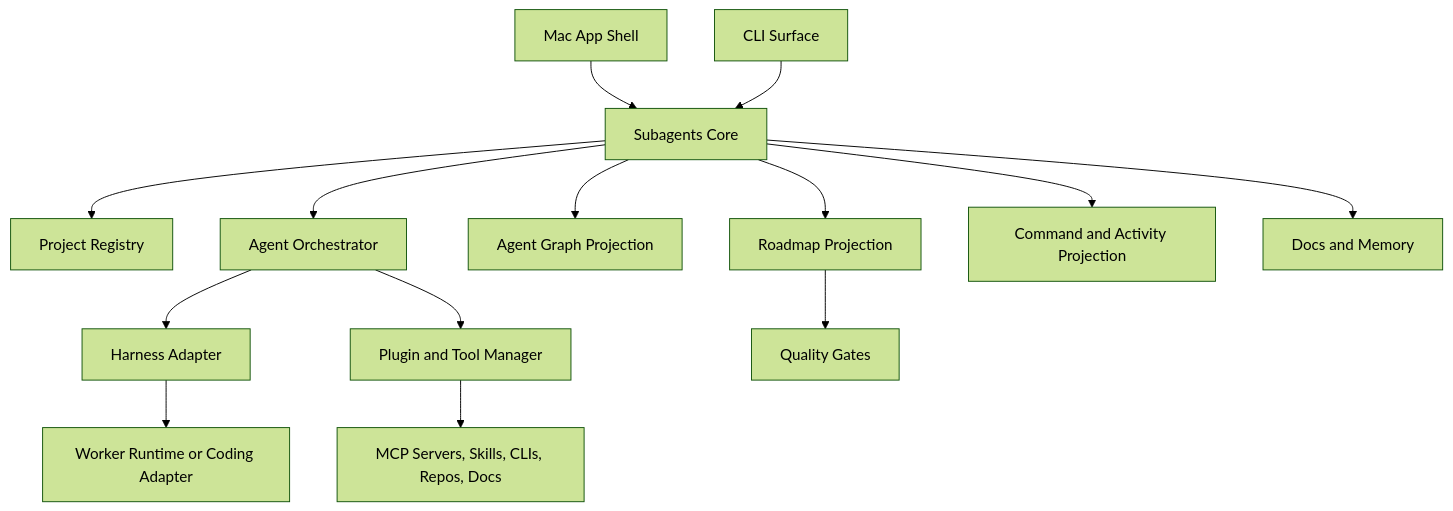
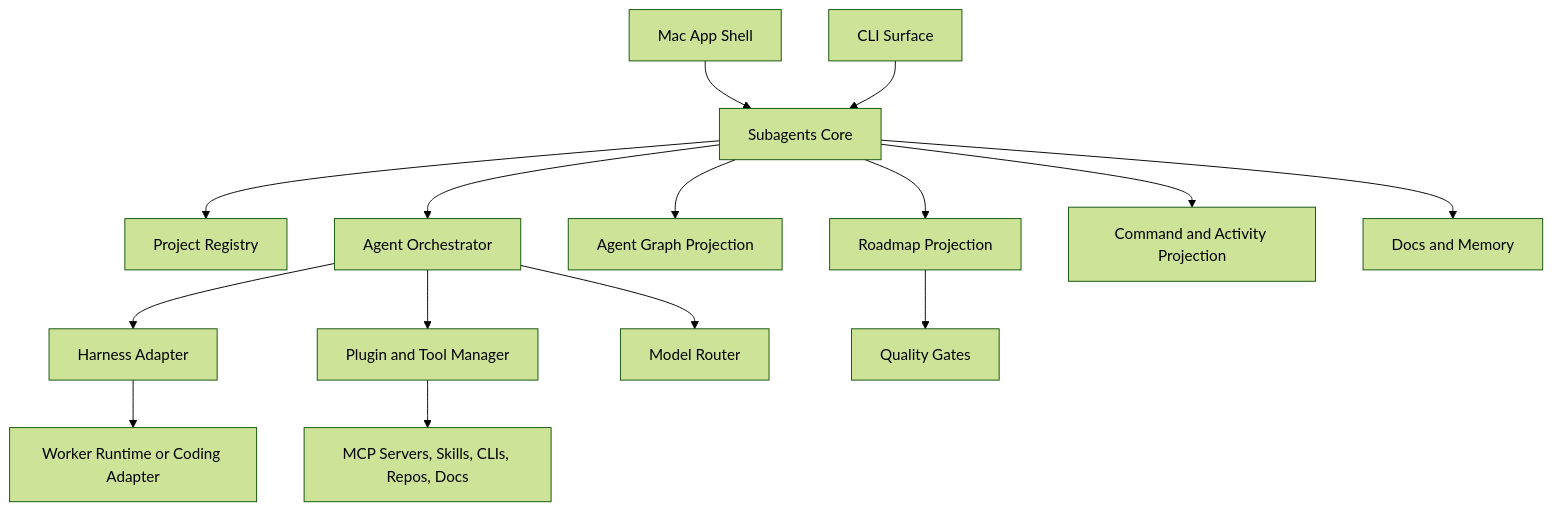
Before and after one commit to tacotuesday8888/recurs: the diagram in ARCHITECTURE.md, drawn with Mermaid (forest theme). The commit also changed other lines of this file and 3 other files, not shown here.

````diff
--- a/ARCHITECTURE.md
+++ b/ARCHITECTURE.md
@@ -13,16 +13,17 @@
 ```mermaid
 flowchart TD
     A["Mac App Shell"] --> D["Subagents Core"]
     B["CLI Surface"] --> D
     D --> C["Project Registry"]
     D --> E["Agent Orchestrator"]
     D --> F["Agent Graph Projection"]
     D --> G["Roadmap Projection"]
     D --> H["Command and Activity Projection"]
     D --> I["Docs and Memory"]
     E --> J["Harness Adapter"]
     E --> K["Plugin and Tool Manager"]
+    E --> O["Model Router"]
     J --> L["Worker Runtime or Coding Adapter"]
     K --> M["MCP Servers, Skills, CLIs, Repos, Docs"]
     G --> N["Quality Gates"]
 ```
````
